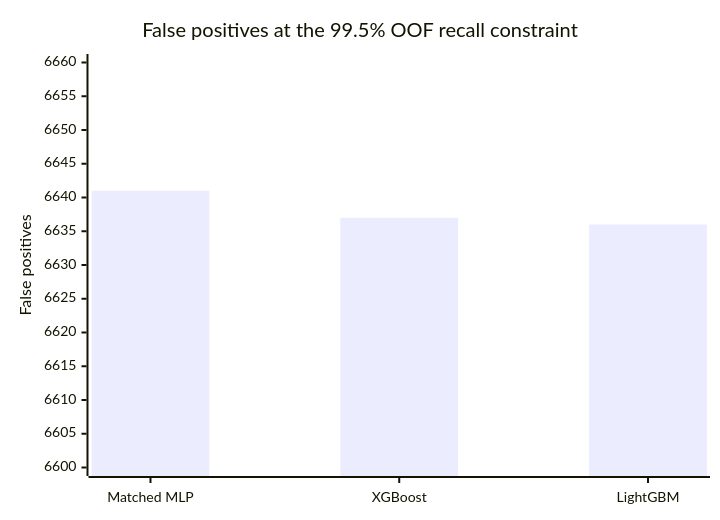
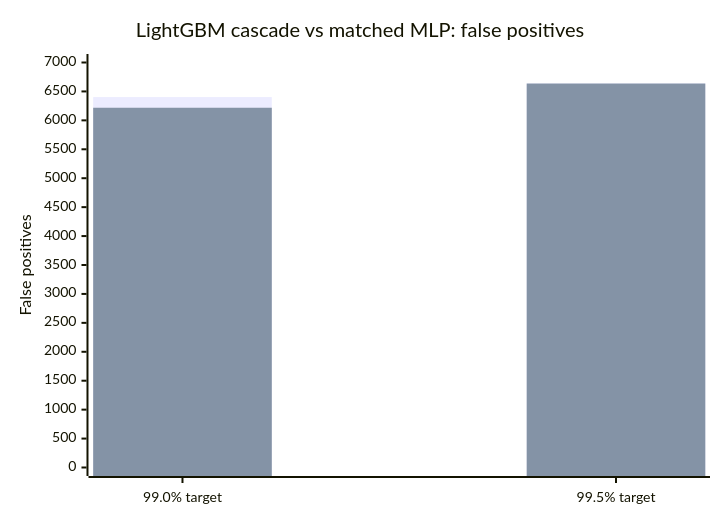
The third of 3 diagrams in README.md (Harshithpatali/cardiorisk-ai), drawn with Mermaid before and after one commit. The commit also changed other lines of this file, not shown here.

Commit message:
docs: explain recall-first two-tier model and evaluation

````diff
--- a/README.md
+++ b/README.md
@@ -133,7 +85,8 @@
 ```mermaid
 xychart-beta
-    title "False positives at the 99.5% OOF recall constraint"
-    x-axis ["Matched MLP", "XGBoost", "LightGBM"]
-    y-axis "False positives" 6600 --> 6660
-    bar [6641, 6637, 6636]
+    title "LightGBM cascade vs matched MLP: false positives"
+    x-axis ["99.0% target", "99.5% target"]
+    y-axis "False positives" 0 --> 7000
+    bar [6402, 6641]
+    bar [6218, 6636]
 ```
````
